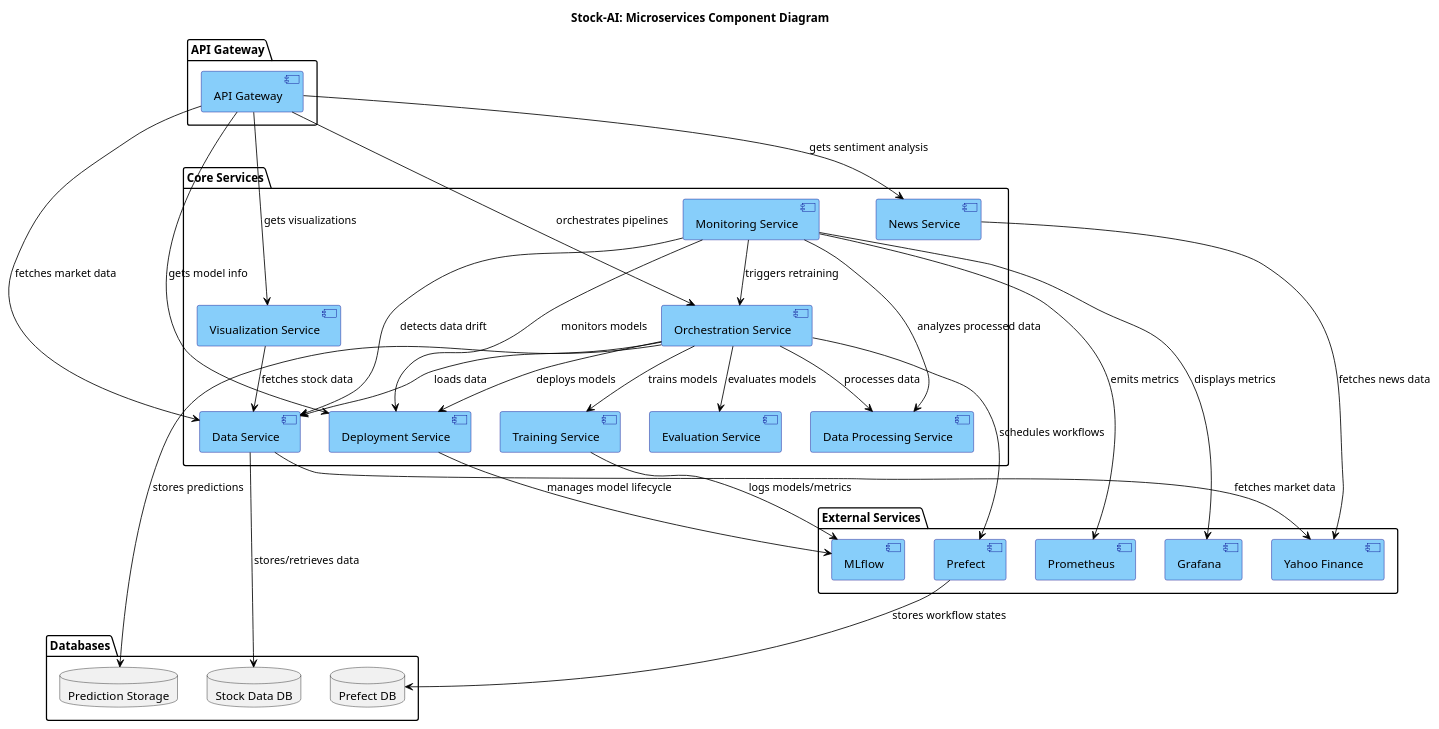
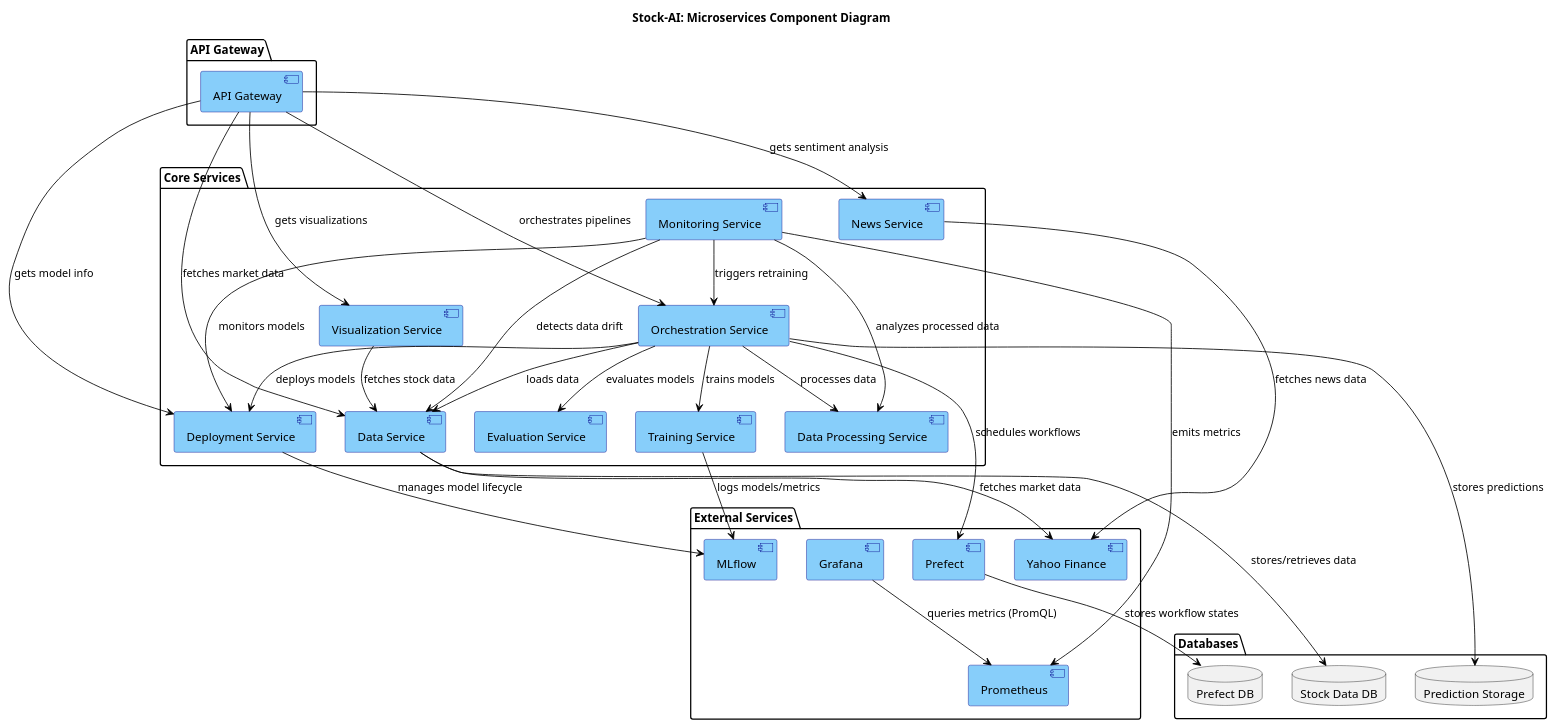
One commit to LOG795-PFE031/stock-ai_pfe031 changed the diagram in docs/microservices/architecture_microservices_component.puml. Above: the diagram before and after it, drawn with PlantUML.

Commit message:
Update Grafana relationship in microservices component diagram to clarify metrics querying

```diff
--- a/docs/microservices/architecture_microservices_component.puml
+++ b/docs/microservices/architecture_microservices_component.puml
@@ -1,74 +1,74 @@
 @startuml Component_Diagram
 
 title Stock-AI: Microservices Component Diagram
 
 skinparam component {
   BackgroundColor LightSkyBlue
   BorderColor DarkBlue
   ArrowColor Black
 }
 
 package "API Gateway" {
   [API Gateway] as api
 }
 
 package "Core Services" {
   [Data Service] as dataService
   [Data Processing Service] as dataProcessingService
   [Training Service] as trainingService
   [Deployment Service] as deploymentService
   [Evaluation Service] as evaluationService
   [Orchestration Service] as orchestrationService
   [Monitoring Service] as monitoringService
   [News Service] as newsService
   [Visualization Service] as visualizationService
 }
 
 package "Databases" {
   database "Stock Data DB" as stockDB
   database "Prediction Storage" as predictionDB
   database "Prefect DB" as prefectDB
 }
 
 package "External Services" {
   [MLflow] as mlflow
   [Prefect] as prefect
   [Prometheus] as prometheus
   [Grafana] as grafana
   [Yahoo Finance] as yahooFinance
 }
 
 ' Core service relationships
 dataService --> stockDB : stores/retrieves data
 orchestrationService --> dataService : loads data
 orchestrationService --> dataProcessingService : processes data
 orchestrationService --> trainingService : trains models
 orchestrationService --> deploymentService : deploys models
 orchestrationService --> evaluationService : evaluates models
 orchestrationService --> predictionDB : stores predictions
 monitoringService --> deploymentService : monitors models
 monitoringService --> orchestrationService : triggers retraining
 monitoringService --> dataService : detects data drift
 monitoringService --> dataProcessingService : analyzes processed data
 newsService --> yahooFinance : fetches news data
 dataService --> yahooFinance : fetches market data
 visualizationService --> dataService : fetches stock data
 
 ' External service relationships
 trainingService --> mlflow : logs models/metrics
 deploymentService --> mlflow : manages model lifecycle
 orchestrationService --> prefect : schedules workflows
 monitoringService --> prometheus : emits metrics
-monitoringService --> grafana : displays metrics
-
 prefect --> prefectDB : stores workflow states
 
+' Grafana interroge Prometheus pour les métriques
+grafana --> prometheus : queries metrics (PromQL)
 
 ' API Gateway relationships
 api --> orchestrationService : orchestrates pipelines
 api --> dataService : fetches market data
 api --> newsService : gets sentiment analysis
 api --> visualizationService : gets visualizations
 api --> deploymentService : gets model info
 
 @enduml
```
